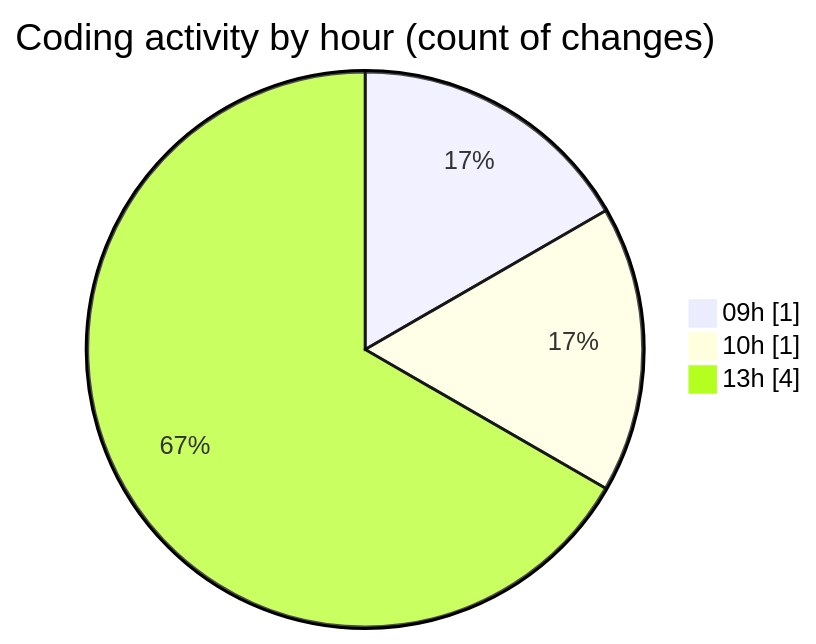
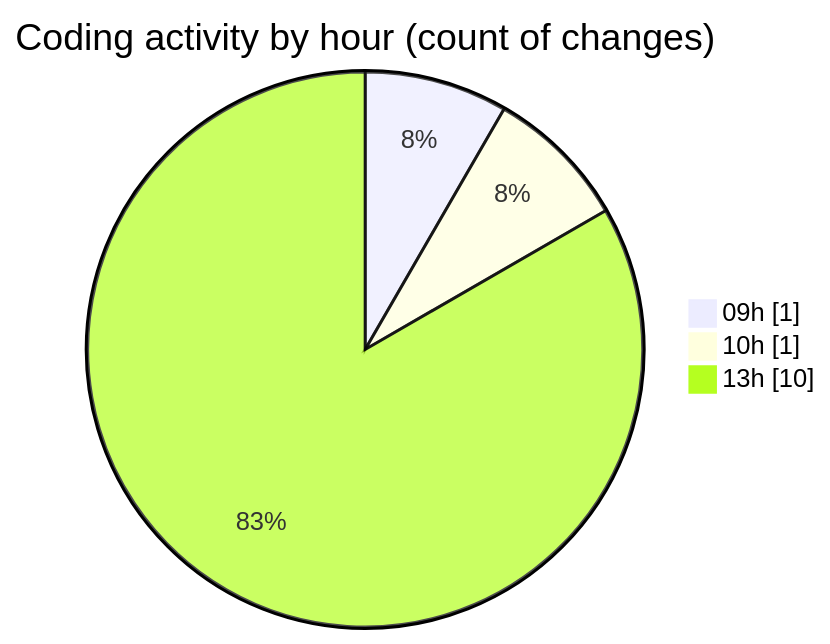
The second of 2 diagrams in 2025-06-03/totem/README.md (LanceThiago/code-tracking), drawn with Mermaid before and after one commit. The commit also changed other lines of this file and 1 other file, not shown here.

````diff
--- a/2025-06-03/totem/README.md
+++ b/2025-06-03/totem/README.md
@@ -31,7 +32,7 @@
 ```mermaid
 pie showData
 title Coding activity by hour (count of changes)
 "09h" : 1
 "10h" : 1
-"13h" : 4
+"13h" : 10
 ```
````
